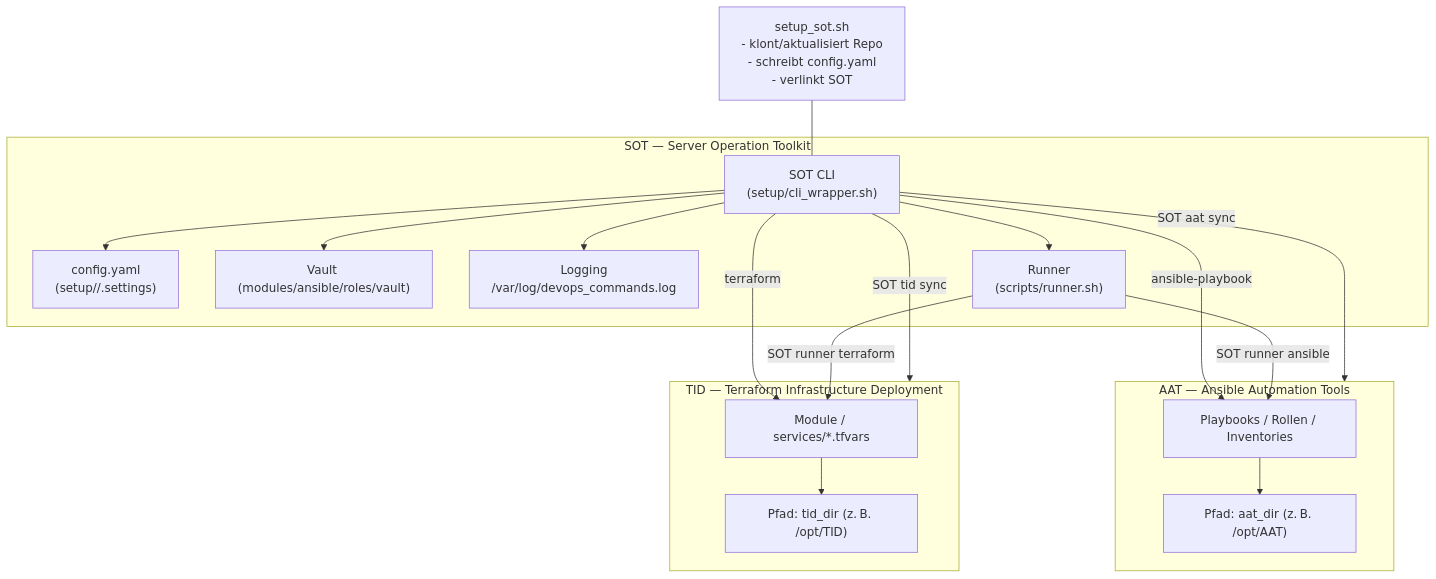
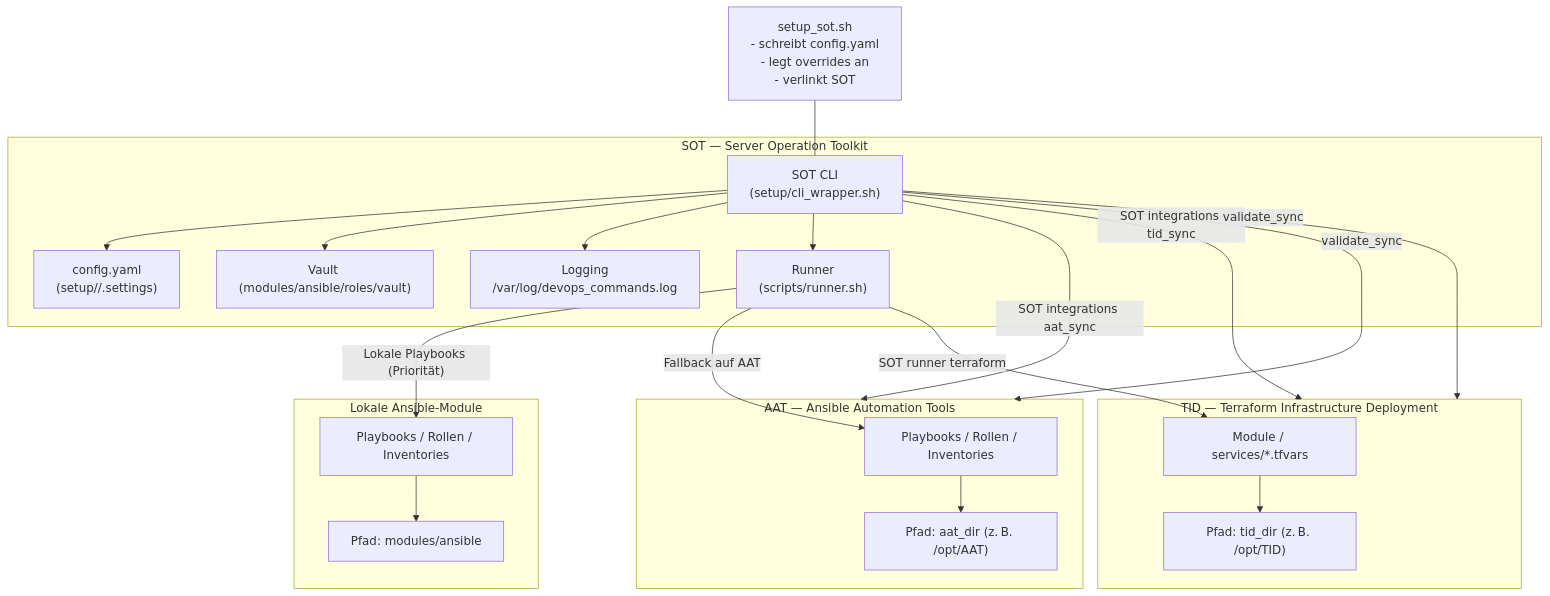
One commit to NiklasJavier/SOT changed the diagram in README.md. Above: the diagram before and after it, drawn with Mermaid. The commit also changed other lines of this file and 9 other files, not shown here.

Commit message:
Prioritize local Ansible modules and add sync validation

````diff
--- a/README.md
+++ b/README.md
@@ -54,36 +56,43 @@
 ```mermaid
 flowchart TD
     subgraph SOT["SOT — Server Operation Toolkit"]
         CLI["SOT CLI\n(setup/cli_wrapper.sh)"]
         CFG["config.yaml\n(setup/<branch>/.settings)"]
         VLT["Vault (modules/ansible/roles/vault)"]
         LOG["Logging\n/var/log/devops_commands.log"]
         RUN["Runner\n(scripts/runner.sh)"]
         CLI --> CFG
         CLI --> VLT
         CLI --> LOG
         CLI --> RUN
     end
 
+    subgraph LOCAL["Lokale Ansible-Module"]
+        LPL["Playbooks / Rollen / Inventories"]
+        LDIR["Pfad: modules/ansible"]
+        LPL --> LDIR
+    end
+
     subgraph AAT["AAT — Ansible Automation Tools"]
         APL["Playbooks / Rollen / Inventories"]
         AATDIR["Pfad: aat_dir (z. B. /opt/AAT)"]
         APL --> AATDIR
     end
 
     subgraph TID["TID — Terraform Infrastructure Deployment"]
         MOD["Module / services/*.tfvars"]
         TIDDIR["Pfad: tid_dir (z. B. /opt/TID)"]
         MOD --> TIDDIR
     end
 
-    CLI -- "SOT aat sync" --> AAT
-    CLI -- "SOT tid sync" --> TID
-    CLI -- "ansible-playbook" --> APL
-    CLI -- "terraform" --> MOD
-    RUN -- "SOT runner ansible" --> APL
+    CLI -- "SOT integrations aat_sync" --> AAT
+    CLI -- "SOT integrations tid_sync" --> TID
+    RUN -- "Lokale Playbooks (Priorität)" --> LPL
+    RUN -- "Fallback auf AAT" --> APL
     RUN -- "SOT runner terraform" --> MOD
 
-    SETUP["setup_sot.sh\n- klont/aktualisiert Repo\n- schreibt config.yaml\n- verlinkt SOT"]
+    SETUP["setup_sot.sh\n- schreibt config.yaml\n- legt overrides an\n- verlinkt SOT"]
     SETUP --- CLI
+    CLI -- "validate_sync" --> AAT
+    CLI -- "validate_sync" --> TID
 ```
````
